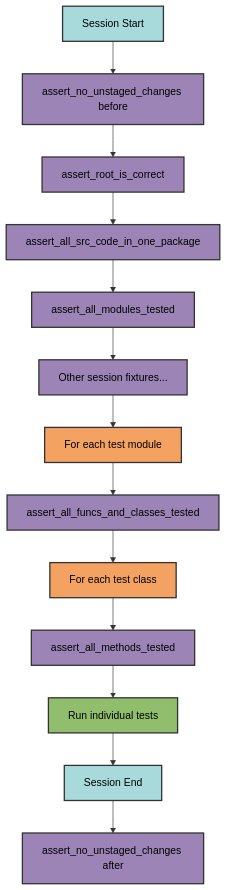
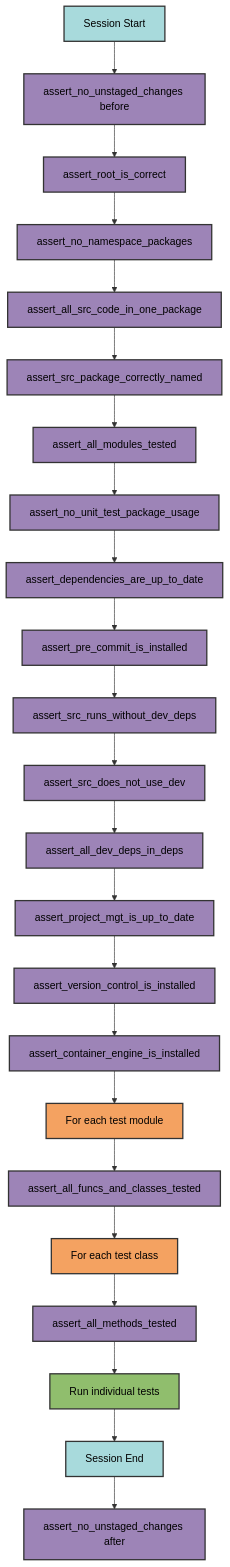
The second of 2 diagrams in docs/tests/autouse.md (Winipedia/pyrig), drawn with Mermaid before and after one commit. The commit also changed other lines of this file and 2 other files, not shown here.

Commit message:
container file doc added

````diff
--- a/docs/tests/autouse.md
+++ b/docs/tests/autouse.md
@@ -239,29 +293,49 @@
 ```mermaid
 graph TD
     A[Session Start] --> B[assert_no_unstaged_changes before]
     B --> C[assert_root_is_correct]
-    C --> D[assert_all_src_code_in_one_package]
-    D --> E[assert_all_modules_tested]
-    E --> F[Other session fixtures...]
-    F --> G[For each test module]
-    G --> H[assert_all_funcs_and_classes_tested]
-    H --> I[For each test class]
-    I --> J[assert_all_methods_tested]
-    J --> K[Run individual tests]
-    K --> L[Session End]
-    L --> M[assert_no_unstaged_changes after]
-    
+    C --> D[assert_no_namespace_packages]
+    D --> E[assert_all_src_code_in_one_package]
+    E --> F[assert_src_package_correctly_named]
+    F --> G[assert_all_modules_tested]
+    G --> H[assert_no_unit_test_package_usage]
+    H --> I[assert_dependencies_are_up_to_date]
+    I --> J[assert_pre_commit_is_installed]
+    J --> K[assert_src_runs_without_dev_deps]
+    K --> L[assert_src_does_not_use_dev]
+    L --> M[assert_all_dev_deps_in_deps]
+    M --> N[assert_project_mgt_is_up_to_date]
+    N --> O[assert_version_control_is_installed]
+    O --> P[assert_container_engine_is_installed]
+    P --> Q[For each test module]
+    Q --> R[assert_all_funcs_and_classes_tested]
+    R --> S[For each test class]
+    S --> T[assert_all_methods_tested]
+    T --> U[Run individual tests]
+    U --> V[Session End]
+    V --> W[assert_no_unstaged_changes after]
+
     style A fill:#a8dadc,stroke:#333,stroke-width:2px,color:#000
     style B fill:#9d84b7,stroke:#333,stroke-width:2px,color:#000
     style C fill:#9d84b7,stroke:#333,stroke-width:2px,color:#000
     style D fill:#9d84b7,stroke:#333,stroke-width:2px,color:#000
     style E fill:#9d84b7,stroke:#333,stroke-width:2px,color:#000
     style F fill:#9d84b7,stroke:#333,stroke-width:2px,color:#000
-    style G fill:#f4a261,stroke:#333,stroke-width:2px,color:#000
+    style G fill:#9d84b7,stroke:#333,stroke-width:2px,color:#000
     style H fill:#9d84b7,stroke:#333,stroke-width:2px,color:#000
-    style I fill:#f4a261,stroke:#333,stroke-width:2px,color:#000
+    style I fill:#9d84b7,stroke:#333,stroke-width:2px,color:#000
     style J fill:#9d84b7,stroke:#333,stroke-width:2px,color:#000
-    style K fill:#90be6d,stroke:#333,stroke-width:2px,color:#000
-    style L fill:#a8dadc,stroke:#333,stroke-width:2px,color:#000
+    style K fill:#9d84b7,stroke:#333,stroke-width:2px,color:#000
+    style L fill:#9d84b7,stroke:#333,stroke-width:2px,color:#000
     style M fill:#9d84b7,stroke:#333,stroke-width:2px,color:#000
+    style N fill:#9d84b7,stroke:#333,stroke-width:2px,color:#000
+    style O fill:#9d84b7,stroke:#333,stroke-width:2px,color:#000
+    style P fill:#9d84b7,stroke:#333,stroke-width:2px,color:#000
+    style Q fill:#f4a261,stroke:#333,stroke-width:2px,color:#000
+    style R fill:#9d84b7,stroke:#333,stroke-width:2px,color:#000
+    style S fill:#f4a261,stroke:#333,stroke-width:2px,color:#000
+    style T fill:#9d84b7,stroke:#333,stroke-width:2px,color:#000
+    style U fill:#90be6d,stroke:#333,stroke-width:2px,color:#000
+    style V fill:#a8dadc,stroke:#333,stroke-width:2px,color:#000
+    style W fill:#9d84b7,stroke:#333,stroke-width:2px,color:#000
 ```
````
